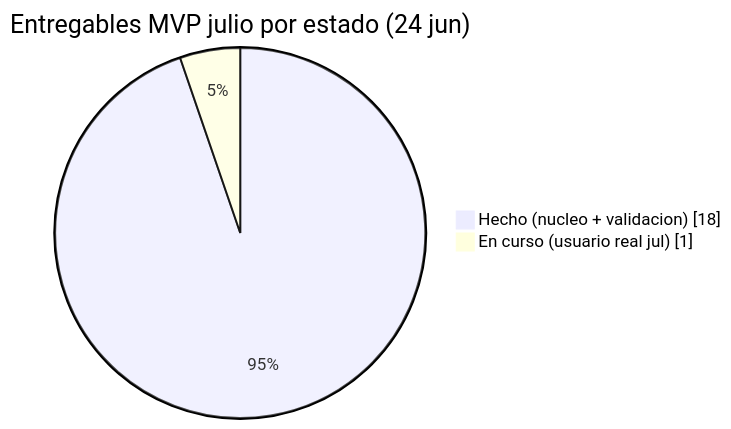
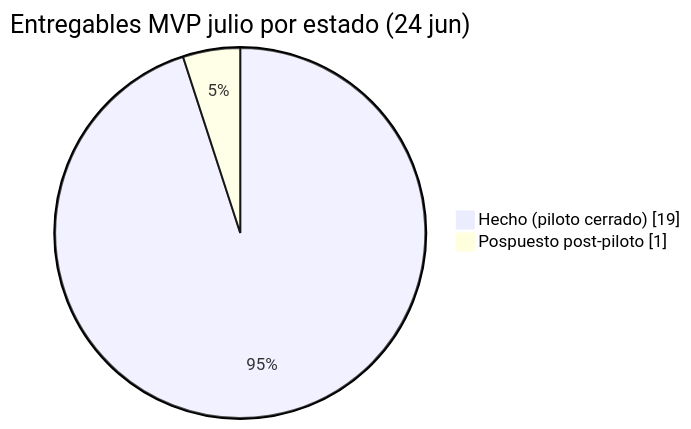
Before and after one commit to quintasc/taulamic: the third of 3 diagrams in docs/agile/roadmap-mvp-julio.md, drawn with Mermaid. The commit also changed other lines of this file and 5 other files, not shown here.

First line of the commit message:
docs(agile): cerrar DoD piloto sin usuario real

````diff
--- a/docs/agile/roadmap-mvp-julio.md
+++ b/docs/agile/roadmap-mvp-julio.md
@@ -123,6 +124,6 @@
 ```mermaid
 pie showData
     title Entregables MVP julio por estado (24 jun)
-    "Hecho (nucleo + validacion)" : 18
-    "En curso (usuario real jul)" : 1
+    "Hecho (piloto cerrado)" : 19
+    "Pospuesto post-piloto" : 1
 ```
````
